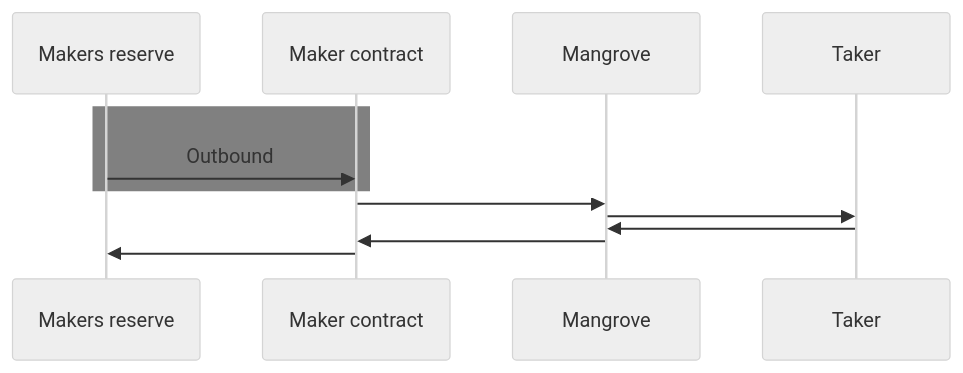
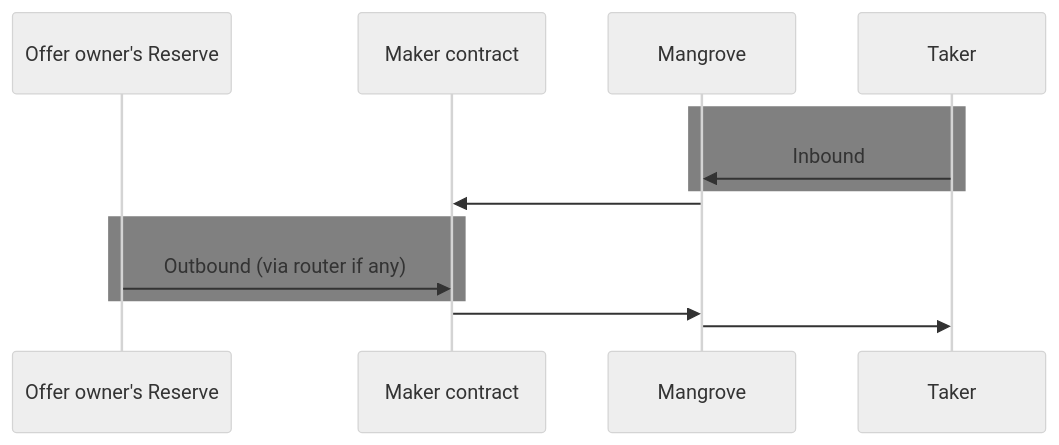
Before and after one commit to giry-dev/mangrove-docs: the diagram in docs/strat-lib/how-to-guides/approvals.md, drawn with Mermaid (neutral theme). The commit also changed other lines of this file, not shown here.

````diff
--- a/docs/strat-lib/how-to-guides/approvals.md
+++ b/docs/strat-lib/how-to-guides/approvals.md
@@ -61,15 +30,17 @@
 ```mermaid
 sequenceDiagram
-    participant Maker as Makers reserve
+    participant R as Offer owner's Reserve
     participant MC as Maker contract
+    participant MGV as Mangrove
+    participant T as Taker
+
     rect grey
-    Maker ->> MC : Outbound
+    T ->> MGV : Inbound
     end
-    MC ->> Mangrove : 
-    Mangrove ->> Taker: 
-    Taker ->> Mangrove: 
-    Mangrove ->> MC: 
-    MC ->> Maker: 
-
-
+    MGV ->> MC: 
+    rect grey
+    R ->> MC: Outbound (via router if any)
+    end
+    MC ->> MGV : 
+    MGV ->> T: 
 ```
````
